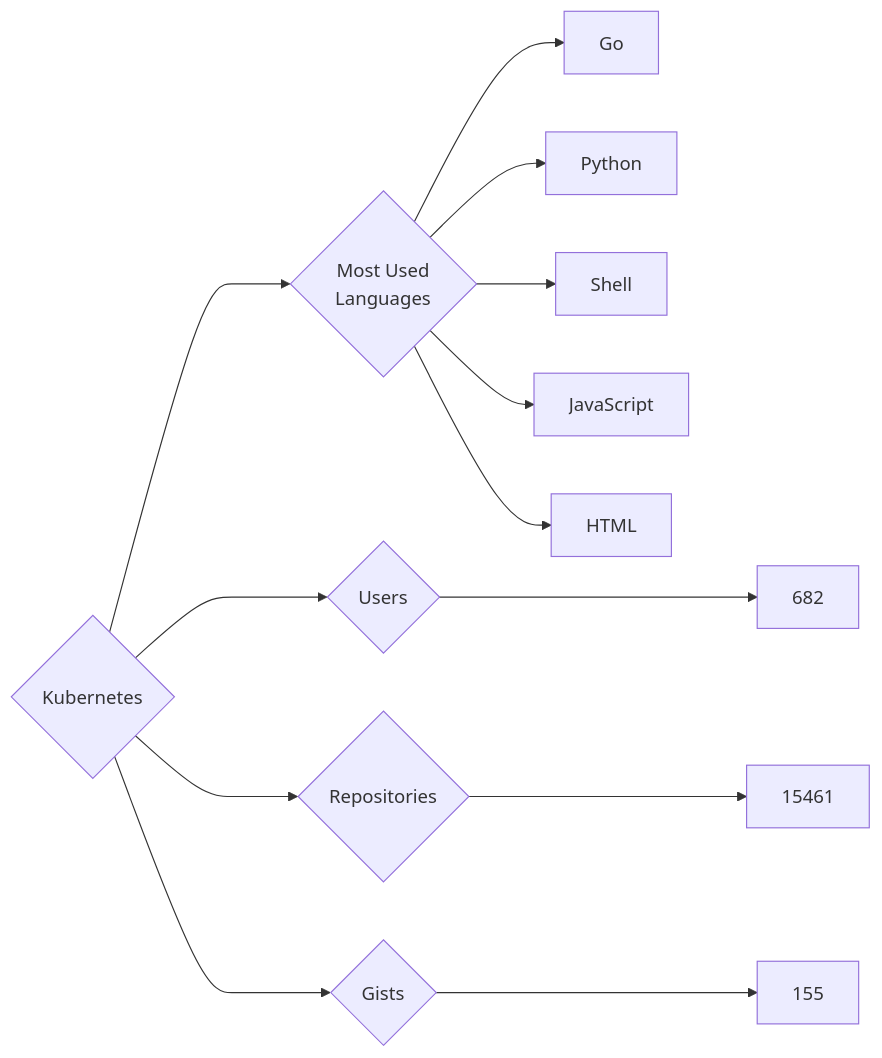
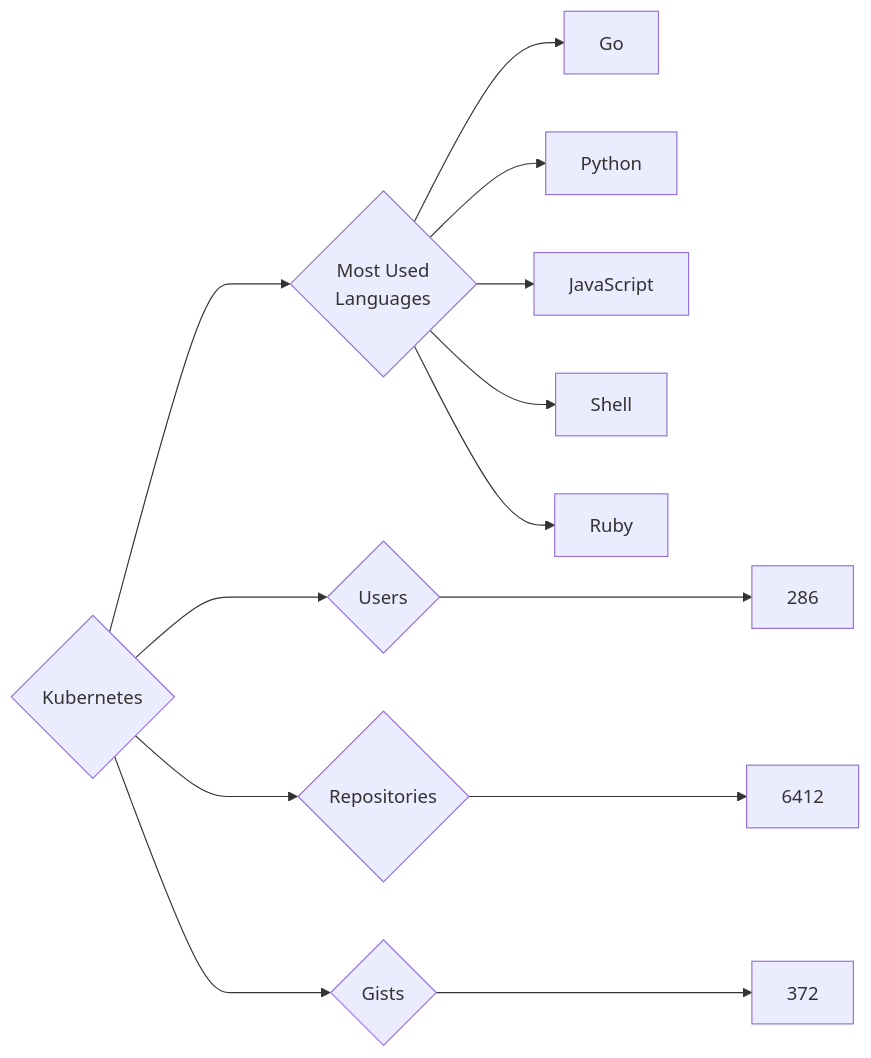
The diagram in targets/Kubernetes/README.md (trickest/insiders), drawn with Mermaid before and after one commit. The commit also changed 782 other files, not shown here.

````diff
--- a/targets/Kubernetes/README.md
+++ b/targets/Kubernetes/README.md
@@ -3,13 +3,13 @@
 ```mermaid
 graph LR
 COMPANY_NAME{Kubernetes}
-COMPANY_NAME ---> U{Users} ---> UN[682]
-COMPANY_NAME ---> R{Repositories} ---> RN[15461]
-COMPANY_NAME ---> G{Gists} ---> GN[155]
+COMPANY_NAME ---> U{Users} ---> UN[286]
+COMPANY_NAME ---> R{Repositories} ---> RN[6412]
+COMPANY_NAME ---> G{Gists} ---> GN[372]
 COMPANY_NAME ---> ML{Most Used<br>Languages}
 ML --> Go[Go]
 ML --> Python[Python]
+ML --> JavaScript[JavaScript]
 ML --> Shell[Shell]
-ML --> JavaScript[JavaScript]
-ML --> HTML[HTML]
+ML --> Ruby[Ruby]
 ```
````
